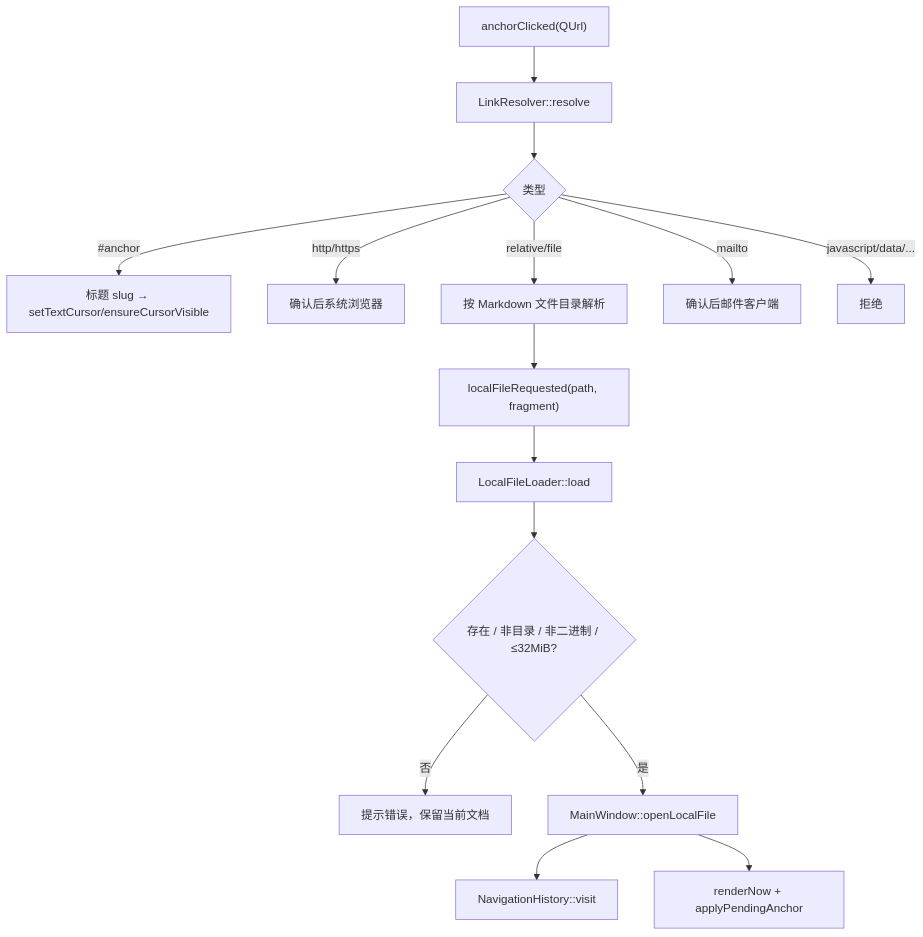
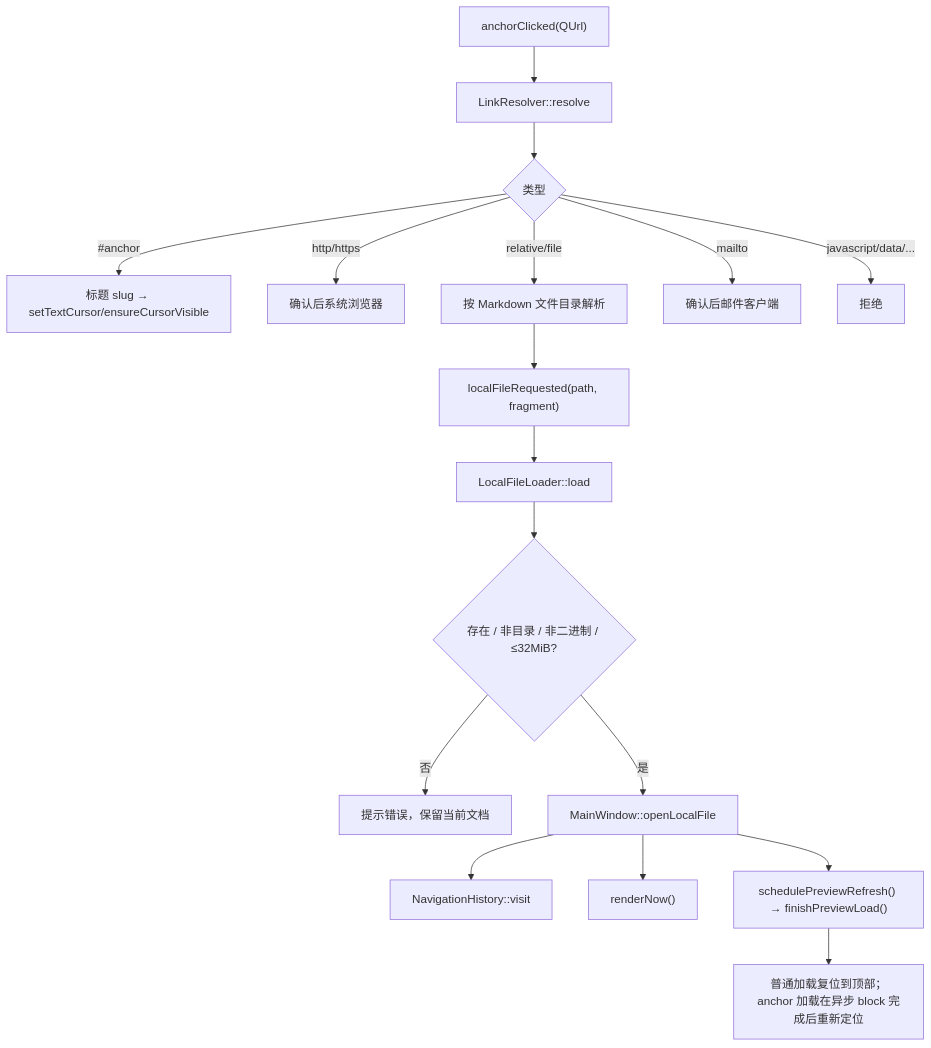
One commit to iLogIng/qt-rich-text-renderer changed the seventh of 12 diagrams in docs/FLOW.md. Above: the diagram before and after it, drawn with Mermaid. The commit also changed other lines of this file and 4 other files, not shown here.

````diff
--- a/docs/FLOW.md
+++ b/docs/FLOW.md
@@ -196,17 +196,19 @@
 ```mermaid
 flowchart TD
     A["anchorClicked(QUrl)"] --> B["LinkResolver::resolve"]
     B --> C{"类型"}
     C -- "#anchor" --> D["标题 slug → setTextCursor/ensureCursorVisible"]
     C -- "http/https" --> E["确认后系统浏览器"]
     C -- "relative/file" --> F["按 Markdown 文件目录解析"]
     F --> G["localFileRequested(path, fragment)"]
     G --> H["LocalFileLoader::load"]
     H --> I{"存在 / 非目录 / 非二进制 / ≤32MiB?"}
     I -- 否 --> J["提示错误，保留当前文档"]
     I -- 是 --> K["MainWindow::openLocalFile"]
     K --> L["NavigationHistory::visit"]
-    K --> M["renderNow + applyPendingAnchor"]
+    K --> M["renderNow()"]
+    K --> P["schedulePreviewRefresh() → finishPreviewLoad()"]
+    P --> Q["普通加载复位到顶部；anchor 加载在异步 block 完成后重新定位"]
     C -- "mailto" --> N["确认后邮件客户端"]
     C -- "javascript/data/..." --> O["拒绝"]
 ```
````
